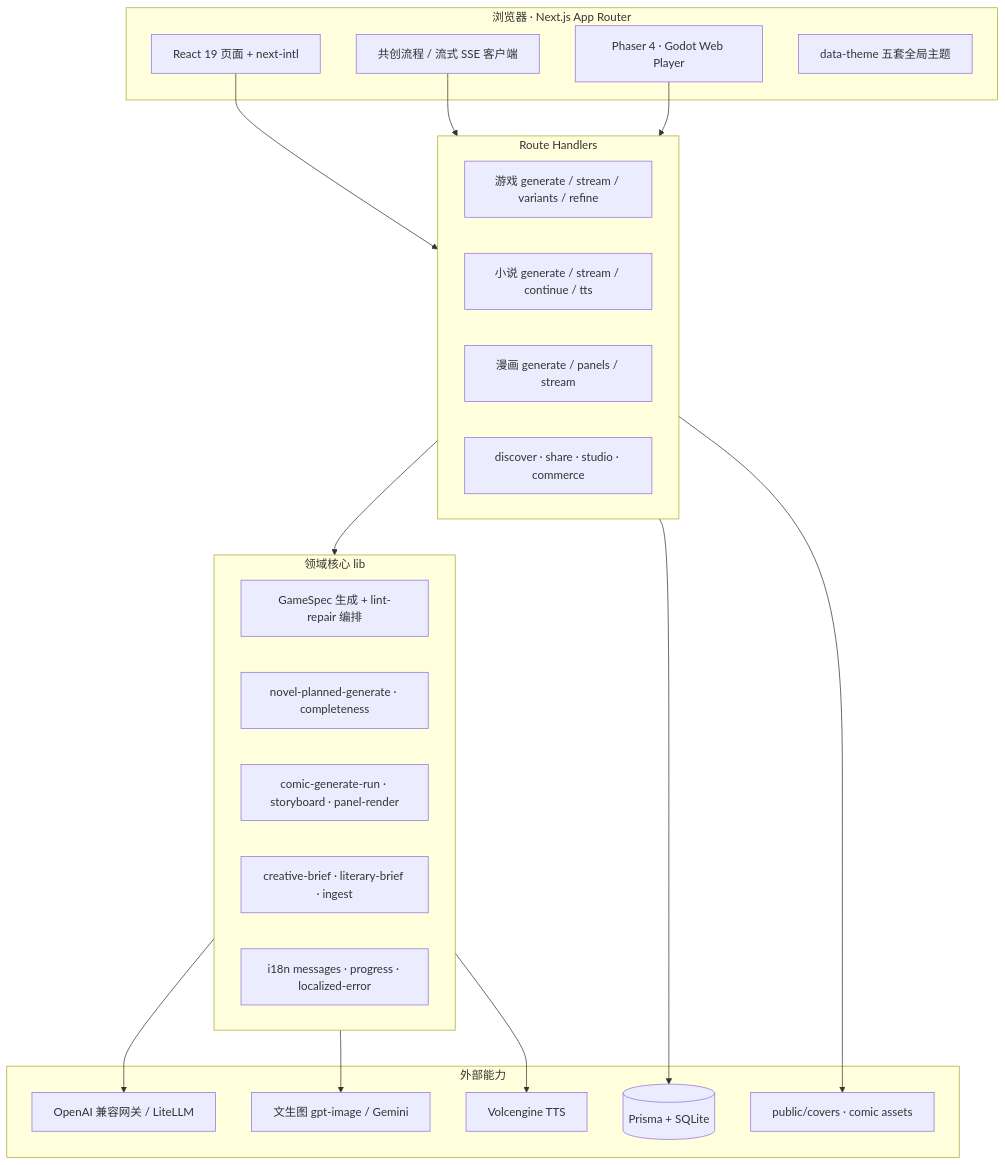
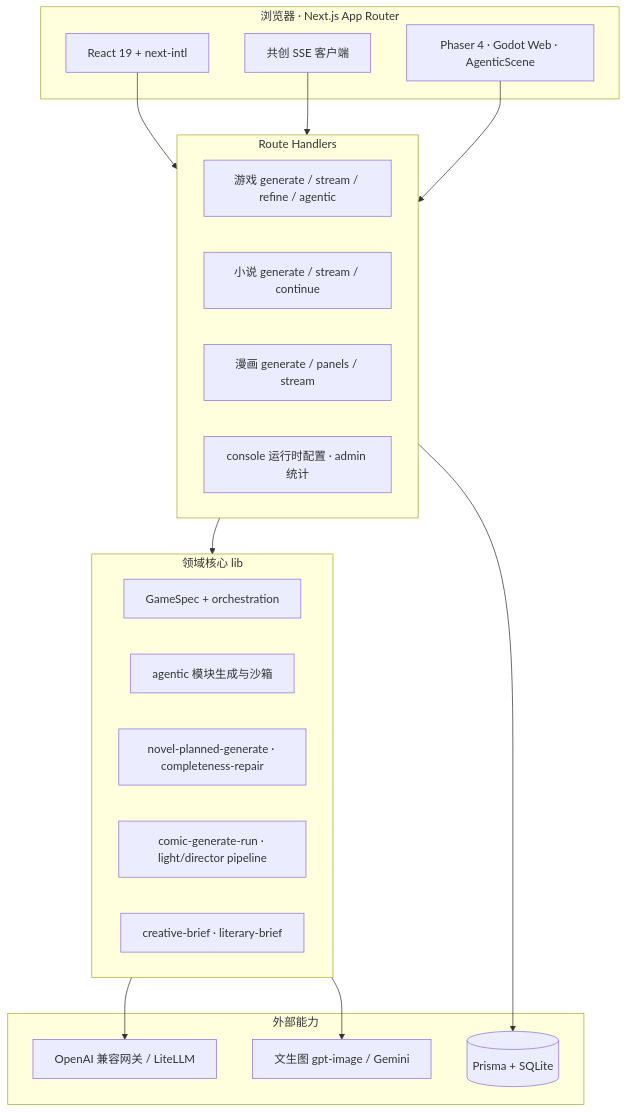
One commit to gaogg521/1one-game changed the third of 3 diagrams in README.md. Above: the diagram before and after it, drawn with Mermaid. The commit also changed other lines of this file, not shown here.

````diff
--- a/README.md
+++ b/README.md
@@ -276,42 +354,37 @@
 ```mermaid
 flowchart TB
   subgraph Client [浏览器 · Next.js App Router]
-    UI[React 19 页面 + next-intl]
-    Create[共创流程 / 流式 SSE 客户端]
-    Run[Phaser 4 · Godot Web Player]
-    Theme[data-theme 五套全局主题]
+    UI[React 19 + next-intl]
+    Create[共创 SSE 客户端]
+    Run[Phaser 4 · Godot Web · AgenticScene]
   end
 
   subgraph API [Route Handlers]
-    Gen[游戏 generate / stream / variants / refine]
-    Novel[小说 generate / stream / continue / tts]
+    Gen[游戏 generate / stream / refine / agentic]
+    Novel[小说 generate / stream / continue]
     Comic[漫画 generate / panels / stream]
-    Disc[discover · share · studio · commerce]
+    Admin[console 运行时配置 · admin 统计]
   end
 
   subgraph Core [领域核心 lib]
-    Spec[GameSpec 生成 + lint-repair 编排]
-    NPipe[novel-planned-generate · completeness]
-    CPipe[comic-generate-run · storyboard · panel-render]
-    Brief[creative-brief · literary-brief · ingest]
-    I18n[i18n messages · progress · localized-error]
+    Spec[GameSpec + orchestration]
+    Agent[agentic 模块生成与沙箱]
+    NPipe[novel-planned-generate · completeness-repair]
+    CPipe[comic-generate-run · light/director pipeline]
+    Brief[creative-brief · literary-brief]
   end
 
   subgraph External [外部能力]
     LLM[OpenAI 兼容网关 / LiteLLM]
     IMG[文生图 gpt-image / Gemini]
-    TTS[Volcengine TTS]
     DB[(Prisma + SQLite)]
-    FS[public/covers · comic assets]
   end
 
   UI --> API
   Create --> API
   Run --> API
   API --> Core
   Core --> LLM
   Core --> IMG
-  Core --> TTS
   API --> DB
-  API --> FS
 ```
````
